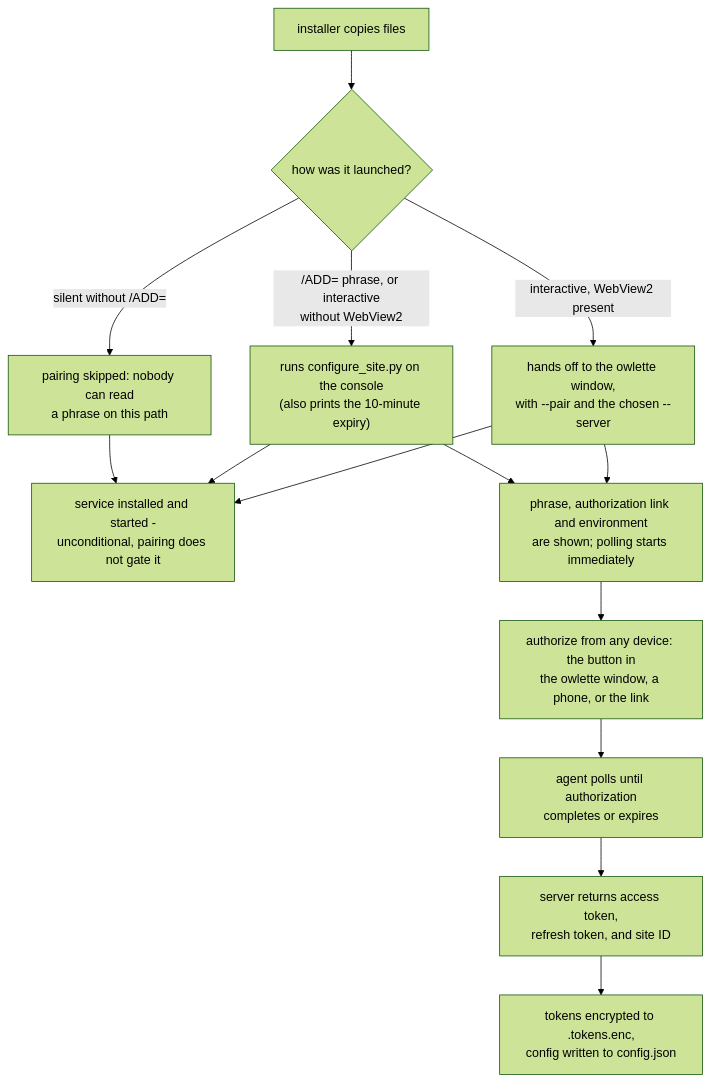
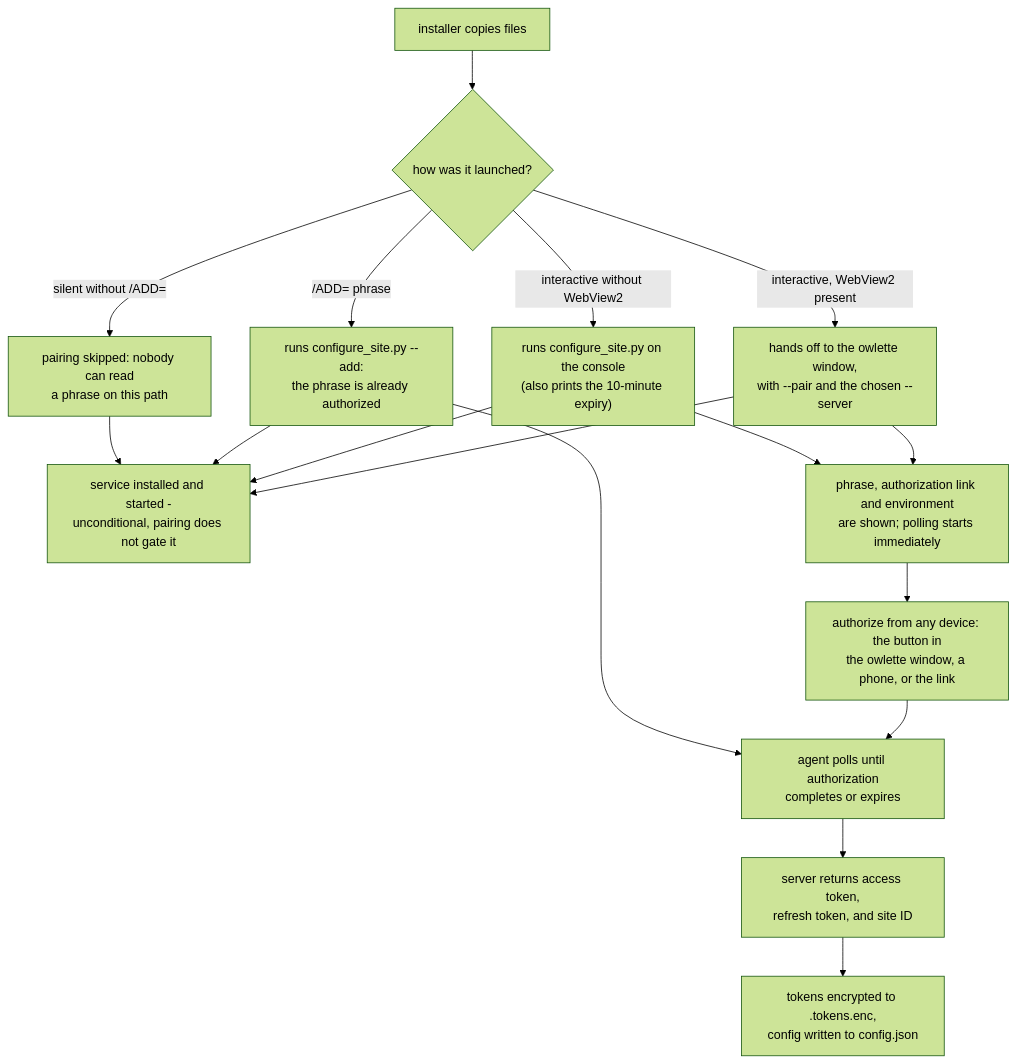
Before and after one commit to tridant-io/owlette: the diagram in web/content/docs/agent/installation.mdx, drawn with Mermaid (forest theme). The commit also changed other lines of this file and 98 other files, not shown here.

````diff
--- a/web/content/docs/agent/installation.mdx
+++ b/web/content/docs/agent/installation.mdx
@@ -224,16 +265,19 @@
 ```mermaid
 flowchart TD
     A["installer copies files"] --> B{"how was it launched?"}
     B -->|"interactive, WebView2 present"| D["hands off to the owlette window,<br/>with --pair and the chosen --server"]
-    B -->|"/ADD= phrase, or interactive<br/>without WebView2"| C["runs configure_site.py on the console<br/>(also prints the 10-minute expiry)"]
+    B -->|"interactive without WebView2"| C["runs configure_site.py on the console<br/>(also prints the 10-minute expiry)"]
+    B -->|"/ADD= phrase"| A2["runs configure_site.py --add:<br/>the phrase is already authorized"]
     B -->|"silent without /ADD="| Z["pairing skipped: nobody can read<br/>a phrase on this path"]
     D --> S["service installed and started -<br/>unconditional, pairing does not gate it"]
     C --> S
+    A2 --> S
     Z --> S
     D --> E["phrase, authorization link and environment<br/>are shown; polling starts immediately"]
     C --> E
     E --> F["authorize from any device: the button in<br/>the owlette window, a phone, or the link"]
     F --> G["agent polls until authorization<br/>completes or expires"]
+    A2 --> G
     G --> H["server returns access token,<br/>refresh token, and site ID"]
     H --> I["tokens encrypted to .tokens.enc,<br/>config written to config.json"]
 ```
````
